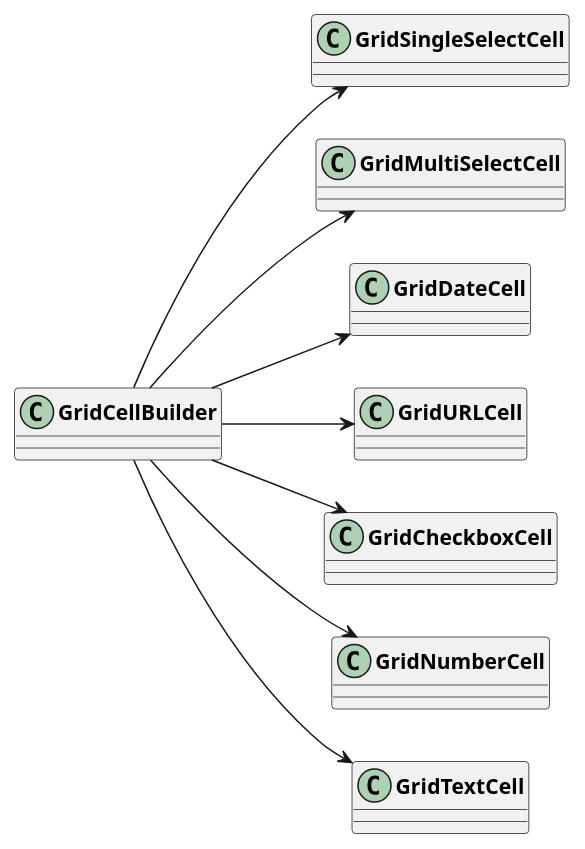
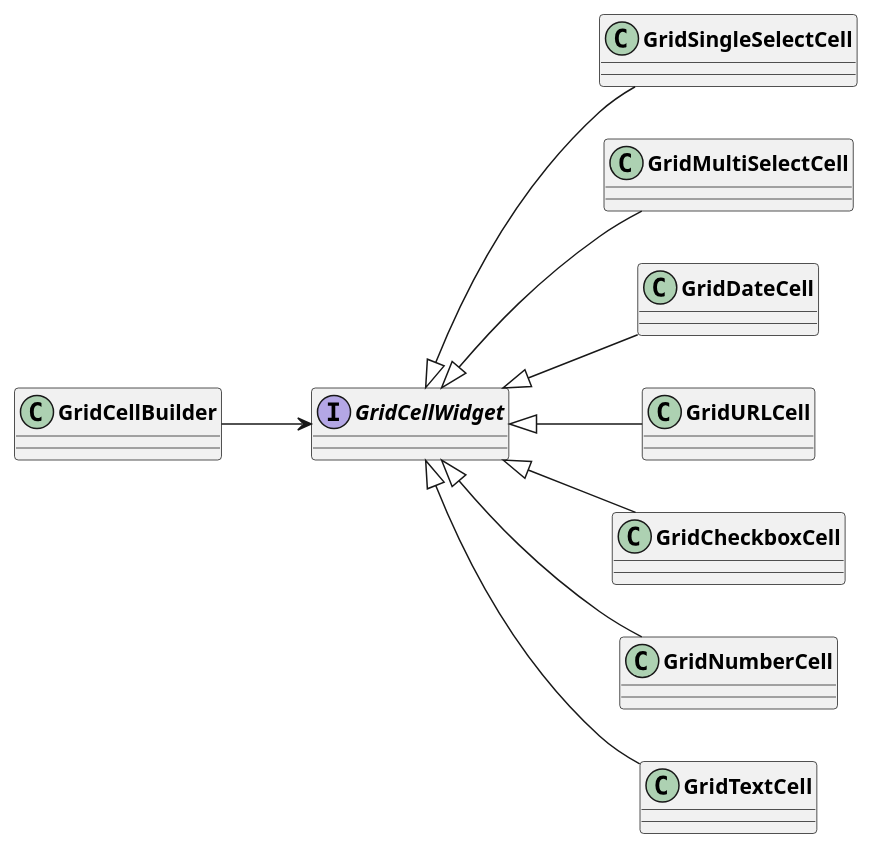
The first of 3 diagrams in uml/dart_classes/grid_cells.plantuml (AppFlowy-IO/AppFlowy-Docs), drawn with PlantUML before and after one commit. The commit also changed other lines of this file and 3 other files, not shown here.

```diff
--- a/uml/dart_classes/grid_cells.plantuml
+++ b/uml/dart_classes/grid_cells.plantuml
@@ -4,15 +4,18 @@
 @startuml Grid Cell Builder
 skinparam classFontStyle Bold
 skinparam ActivityBackgroundColor Silver
 skinparam ActivityBorderColor DimGray
 left to right direction
 
-GridCellBuilder --> GridSingleSelectCell
-GridCellBuilder --> GridMultiSelectCell
-GridCellBuilder --> GridDateCell
-GridCellBuilder --> GridURLCell
-GridCellBuilder --> GridCheckboxCell
-GridCellBuilder --> GridNumberCell
-GridCellBuilder --> GridTextCell
+interface GridCellWidget
+GridCellBuilder --> GridCellWidget
+
+GridSingleSelectCell -u-|> GridCellWidget
+GridMultiSelectCell -u-|> GridCellWidget
+GridDateCell -u-|> GridCellWidget
+GridURLCell -u-|> GridCellWidget
+GridCheckboxCell -u-|> GridCellWidget
+GridNumberCell -u-|> GridCellWidget
+GridTextCell -u-|> GridCellWidget
 
 @enduml
```
